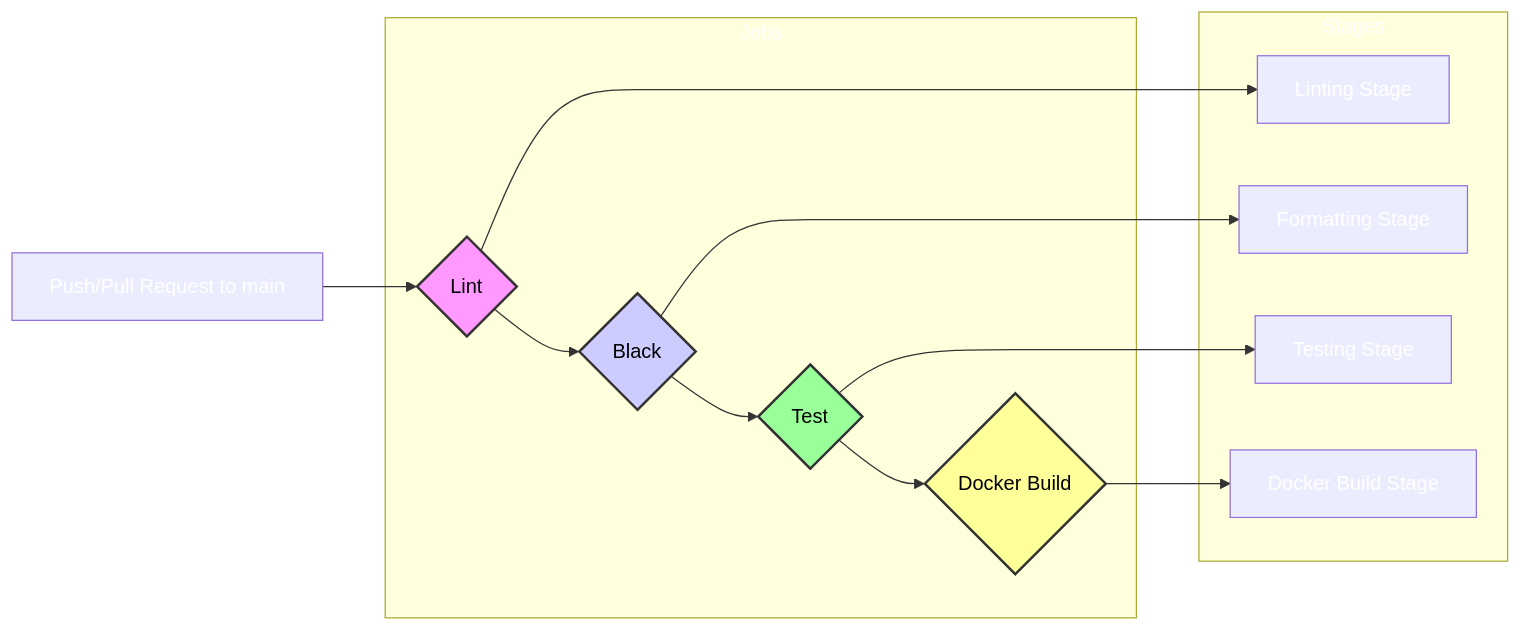
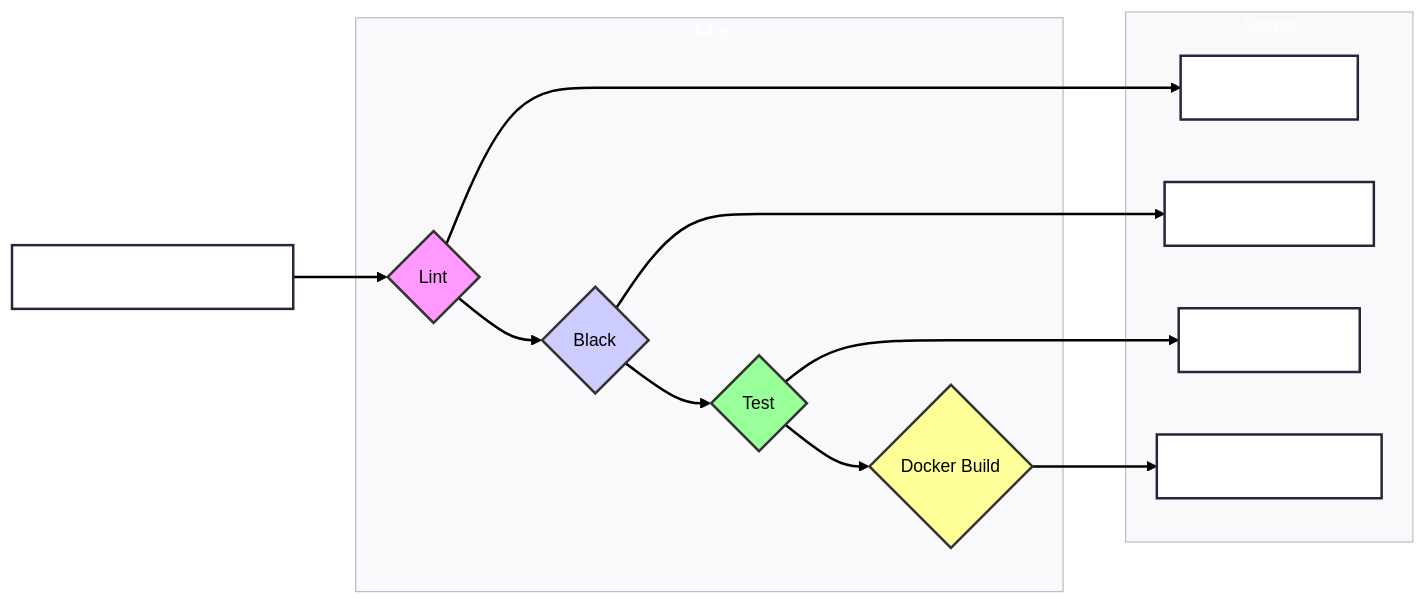
One commit to EMarc2023/zero-shot-rag-llm changed the second of 2 diagrams in README.md. Above: the diagram before and after it, drawn with Mermaid. The commit also changed other lines of this file, not shown here.

````diff
--- a/README.md
+++ b/README.md
@@ -69,38 +86,42 @@
 ```mermaid
+---
+config:
+      theme: redux
+---
 graph LR
     A[Push/Pull Request to main] --> B{Lint};
     B --> C{Black};
     C --> D{Test};
     D --> E{Docker Build};
 
     subgraph Jobs
         B;
         C;
         D;
         E;
     end
 
     subgraph Stages
         F[Linting Stage];
         G[Formatting Stage];
         H[Testing Stage];
         I[Docker Build Stage];
     end
 
     B --> F;
     C --> G;
     D --> H;
     E --> I;
 
     style B fill:#f9f,stroke:#333,color:#000,stroke-width:2px;
     style C fill:#ccf,stroke:#333,color:#000,stroke-width:2px;
     style D fill:#9f9,stroke:#333,color:#000,stroke-width:2px;
     style E fill:#ff9,stroke:#333,color:#000,stroke-width:2px;
     style F color:#fff;
     style G color:#fff;
     style H color:#fff;
     style I color:#fff;
     style A color:#fff;
     style Jobs color:#fff;
     style Stages color:#fff;
 ```
````
